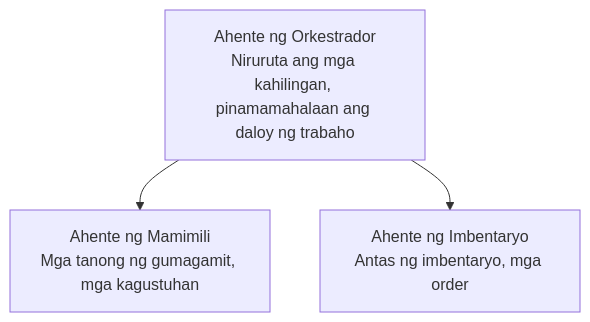
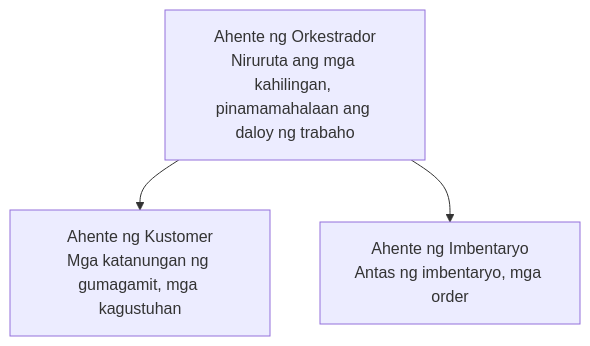
One commit to microsoft/AZD-for-beginners changed the diagram in translations/tl/docs/chapter-05-multi-agent/README.md. Above: the diagram before and after it, drawn with Mermaid. The commit also changed other lines of this file and 104 other files, not shown here.

````diff
--- a/translations/tl/docs/chapter-05-multi-agent/README.md
+++ b/translations/tl/docs/chapter-05-multi-agent/README.md
@@ -52,5 +54,5 @@
 ```mermaid
 graph TD
-    Orchestrator[Ahente ng Orkestrador<br/>Niruruta ang mga kahilingan, pinamamahalaan ang daloy ng trabaho] --> Customer[Ahente ng Mamimili<br/>Mga tanong ng gumagamit, mga kagustuhan]
+    Orchestrator[Ahente ng Orkestrador<br/>Niruruta ang mga kahilingan, pinamamahalaan ang daloy ng trabaho] --> Customer[Ahente ng Kustomer<br/>Mga katanungan ng gumagamit, mga kagustuhan]
     Orchestrator --> Inventory[Ahente ng Imbentaryo<br/>Antas ng imbentaryo, mga order]
 ```
````
